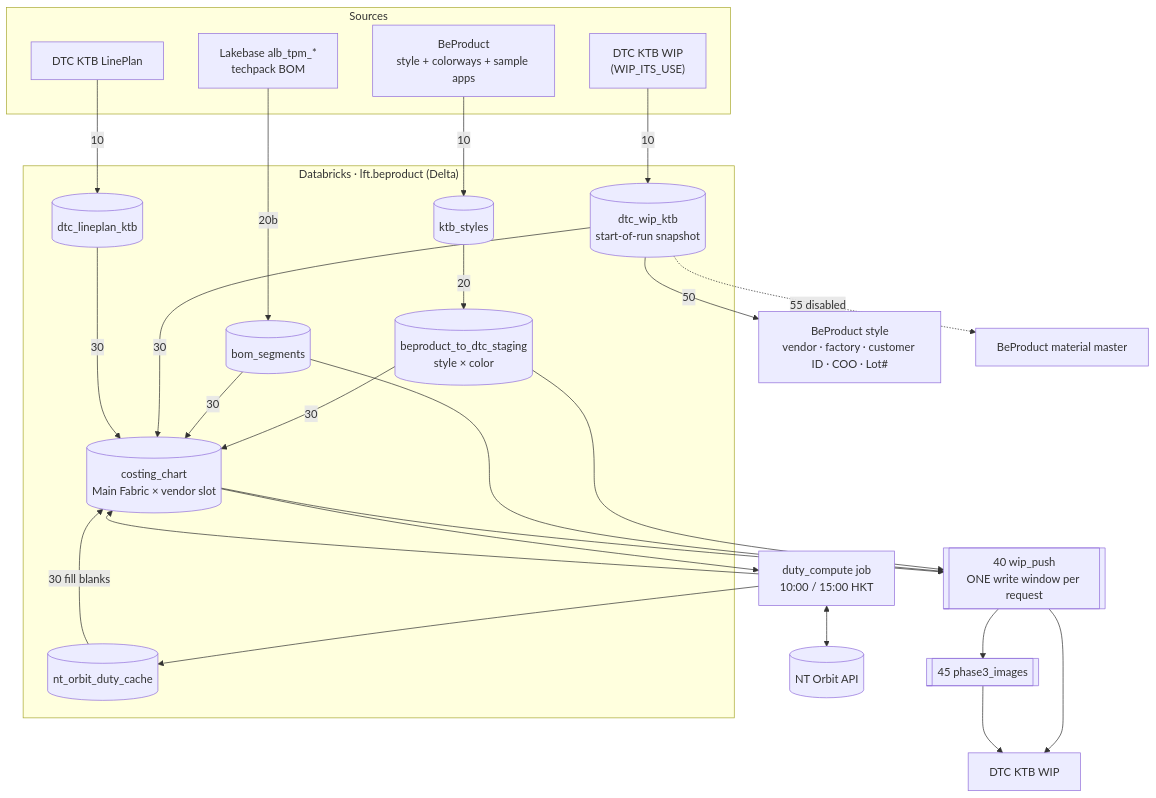
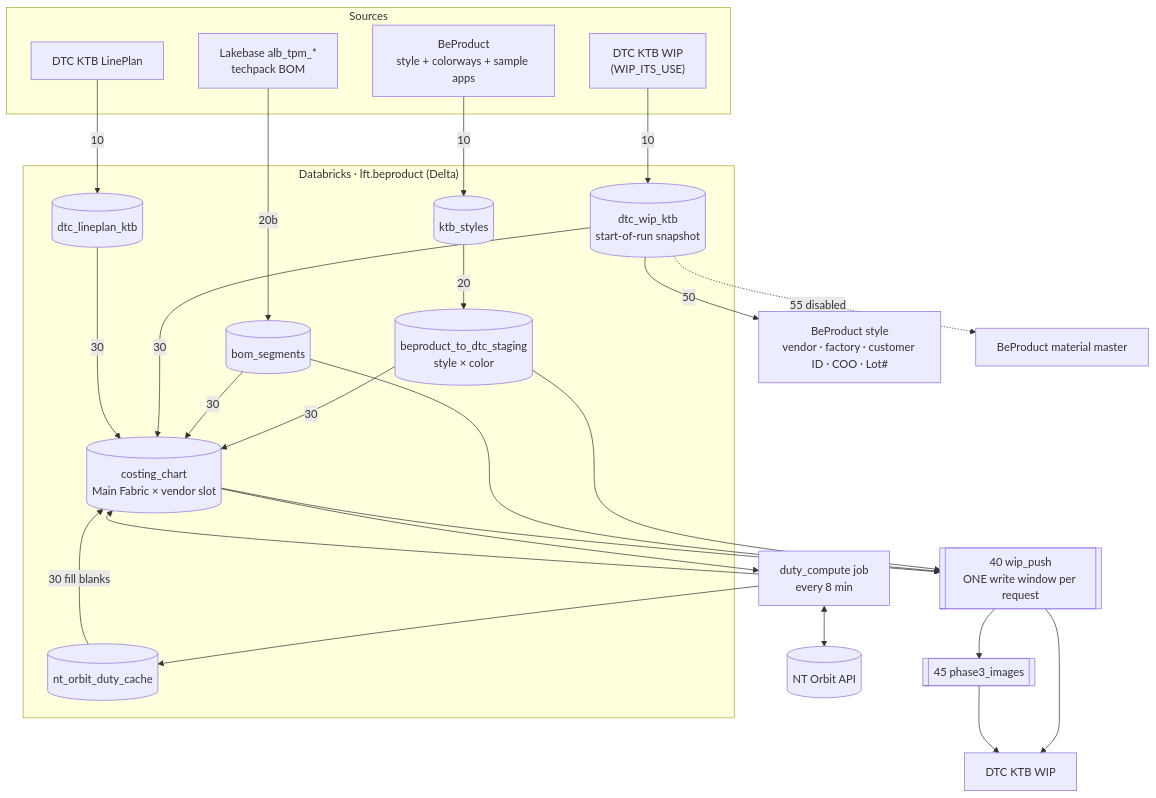
One commit to aukei/beproduct-databricks-sync changed the first of 2 diagrams in docs/ARCHITECTURE.md. Above: the diagram before and after it, drawn with Mermaid. The commit also changed other lines of this file and 18 other files, not shown here.

````diff
--- a/docs/ARCHITECTURE.md
+++ b/docs/ARCHITECTURE.md
@@ -161,37 +168,37 @@
 ```mermaid
 flowchart TD
     subgraph SRC["Sources"]
         bpstyle["BeProduct<br/>style + colorways + sample apps"]
         tpm["Lakebase alb_tpm_*<br/>techpack BOM"]
         dwip_in["DTC KTB WIP<br/>(WIP_ITS_USE)"]
         dlp["DTC KTB LinePlan"]
     end
     subgraph ADB["Databricks · lft.beproduct (Delta)"]
         ktb[(ktb_styles)]
         stg[("beproduct_to_dtc_staging<br/>style × color")]
         bom[(bom_segments)]
         wip[("dtc_wip_ktb<br/>start-of-run snapshot")]
         lp[(dtc_lineplan_ktb)]
         cc[("costing_chart<br/>Main Fabric × vendor slot")]
         cache[(nt_orbit_duty_cache)]
     end
     bpstyle -->|10| ktb -->|20| stg
     tpm -->|20b| bom
     dwip_in -->|10| wip
     dlp -->|10| lp
     stg & bom & wip & lp -->|30| cc
     cache -->|30 fill blanks| cc
 
     push[["40 wip_push<br/>ONE write window per request"]]
     img[["45 phase3_images"]]
     stg & bom & cc --> push
     push --> dwip_out["DTC KTB WIP"]
     push --> img --> dwip_out
 
     wip -->|50| bpback["BeProduct style<br/>vendor · factory · customer ID · COO · Lot#"]
     wip -.->|55 disabled| bpmat["BeProduct material master"]
 
-    duty["duty_compute job<br/>10:00 / 15:00 HKT"]
+    duty["duty_compute job<br/>every 8 min"]
     cc --> duty <--> orbit[(NT Orbit API)]
     duty --> cache & cc
 ```
````
